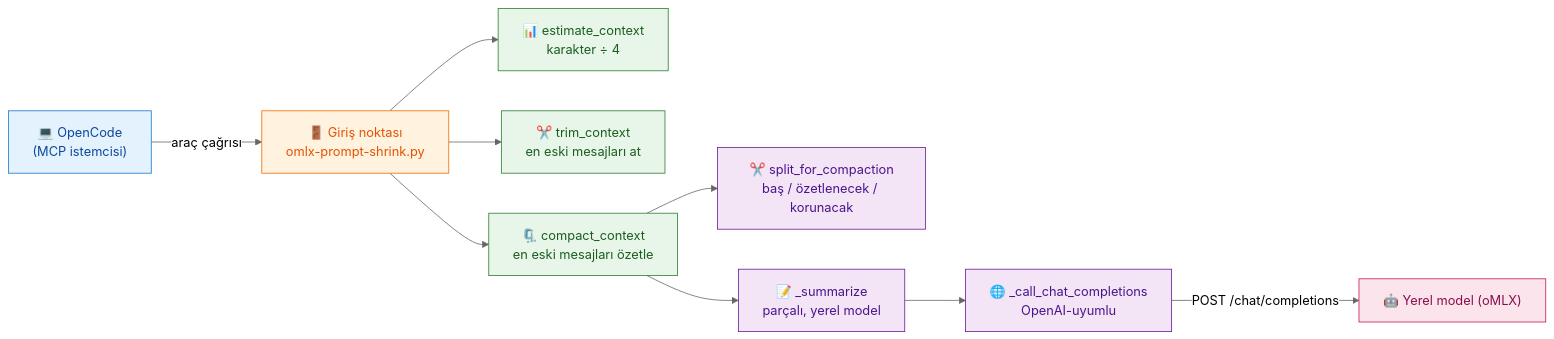
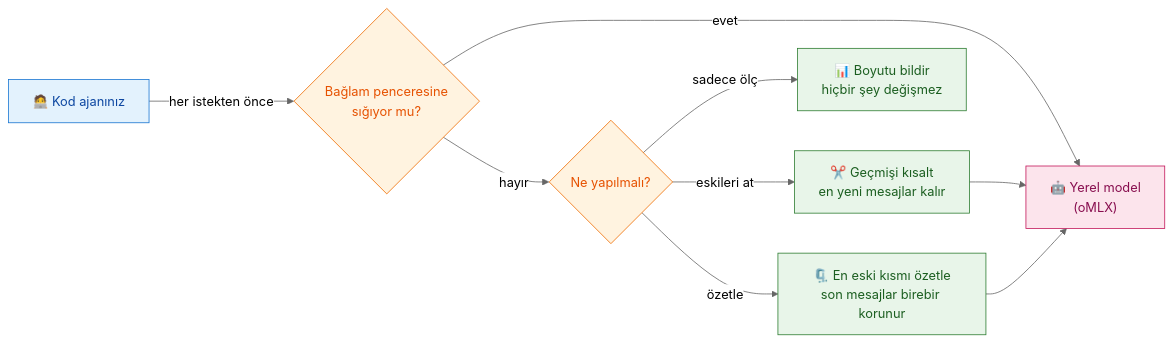
The diagram in README.tr.md (mahirfatih/context-shrink-mcp), drawn with Mermaid (neutral theme) before and after one commit. The commit also changed 1 other file, not shown here.

Commit message:
docs: replace internal function names with user-facing labels in architecture diagram

````diff
--- a/README.tr.md
+++ b/README.tr.md
@@ -84,22 +84,21 @@
 ```mermaid
 flowchart LR
     classDef client fill:#e3f2fd,stroke:#1976d2,color:#0d47a1
-    classDef entry fill:#fff3e0,stroke:#ef6c00,color:#e65100
-    classDef tool fill:#e8f5e9,stroke:#2e7d32,color:#1b5e20
-    classDef step fill:#f3e5f5,stroke:#6a1b9a,color:#4a148c
-    classDef external fill:#fce4ec,stroke:#c2185b,color:#880e4f
+    classDef decision fill:#fff3e0,stroke:#ef6c00,color:#e65100
+    classDef action fill:#e8f5e9,stroke:#2e7d32,color:#1b5e20
+    classDef model fill:#fce4ec,stroke:#c2185b,color:#880e4f
 
-    Client["💻 OpenCode<br/>(MCP istemcisi)"]:::client
-    Entry["🚪 Giriş noktası<br/>omlx-prompt-shrink.py"]:::entry
+    Client["🧑‍💻 Kod ajanınız"]:::client
+    Client -->|"her istekten önce"| Fits{"Bağlam penceresine<br/>sığıyor mu?"}:::decision
 
-    Client -->|"araç çağrısı"| Entry
+    Fits -->|"evet"| Model
+    Fits -->|"hayır"| Choice{"Ne yapılmalı?"}:::decision
 
-    Entry --> Est["📊 estimate_context<br/>karakter ÷ 4"]:::tool
-    Entry --> Trim["✂️ trim_context<br/>en eski mesajları at"]:::tool
-    Entry --> Compact["🗜️ compact_context<br/>en eski mesajları özetle"]:::tool
+    Choice -->|"sadece ölç"| Measure["📊 Boyutu bildir<br/>hiçbir şey değişmez"]:::action
+    Choice -->|"eskileri at"| Trim["✂️ Geçmişi kısalt<br/>en yeni mesajlar kalır"]:::action
+    Choice -->|"özetle"| Compact["🗜️ En eski kısmı özetle<br/>son mesajlar birebir korunur"]:::action
 
-    Compact --> Split["✂️ split_for_compaction<br/>baş / özetlenecek / korunacak"]:::step
-    Compact --> Sum["📝 _summarize<br/>parçalı, yerel model"]:::step
-    Sum --> Chat["🌐 _call_chat_completions<br/>OpenAI-uyumlu"]:::step
-    Chat -->|"POST /chat/completions"| Endpoint["🤖 Yerel model (oMLX)"]:::external
+    Trim --> Model
+    Compact --> Model
+    Model["🤖 Yerel model<br/>(oMLX)"]:::model
 ```
````
